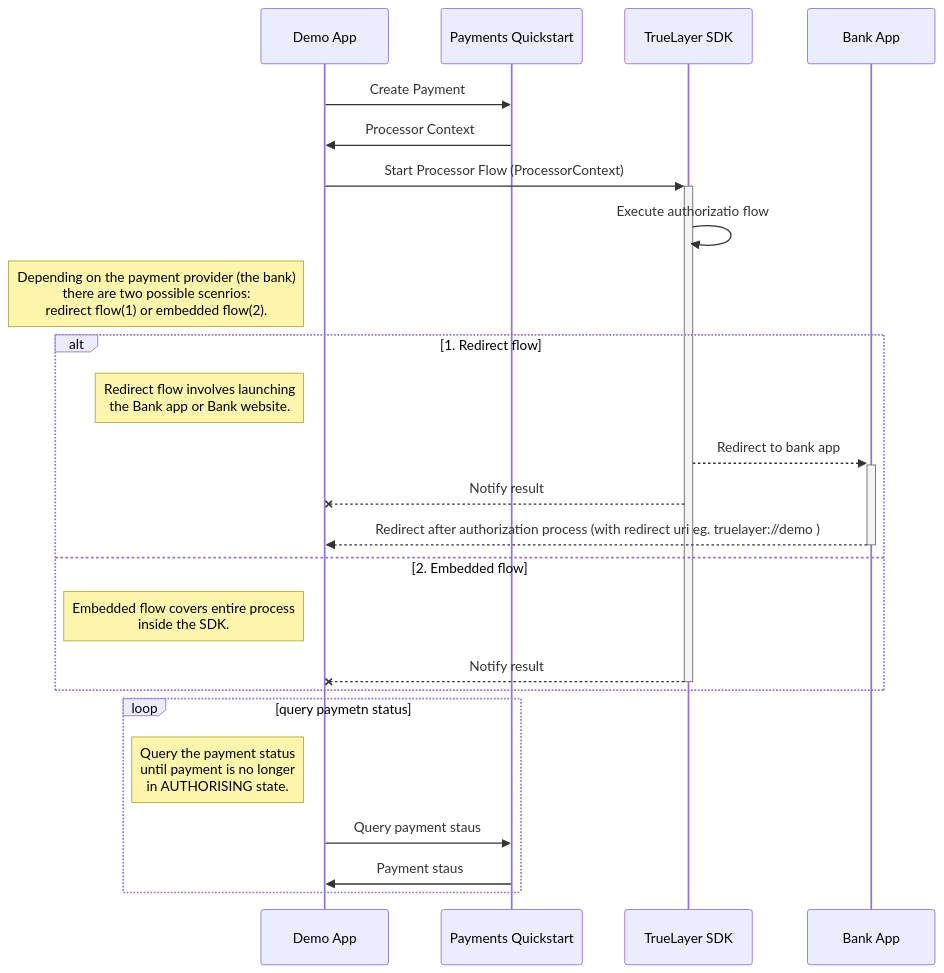
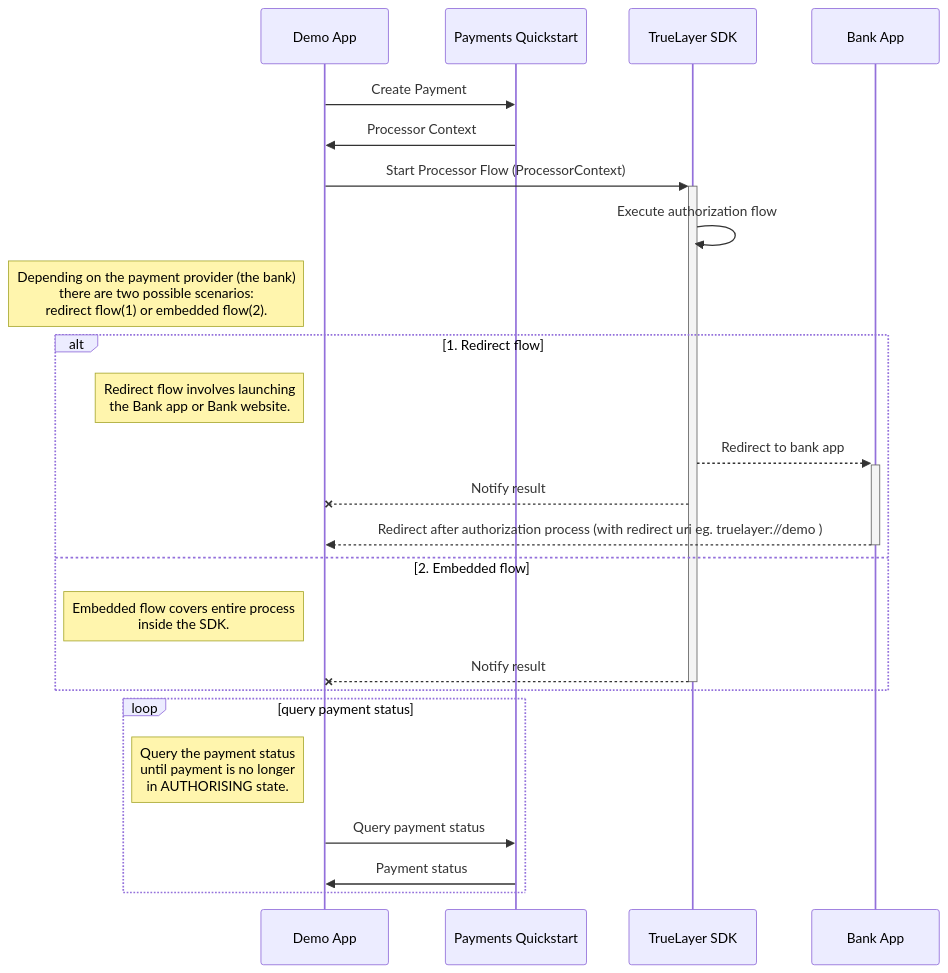
One commit to TrueLayer/truelayer-android-sdk-demo changed the diagram in README.md. Above: the diagram before and after it, drawn with Mermaid. The commit also changed 3 other files, not shown here.

````diff
--- a/README.md
+++ b/README.md
@@ -32,30 +32,30 @@
 ```mermaid
 sequenceDiagram
 	participant app as Demo App
 	participant backend as Payments Quickstart
 	participant SDK as TrueLayer SDK
 	participant Bank as Bank App
 
 	app ->> backend: Create Payment
 	backend ->> app: Processor Context
 	app ->>+ SDK: Start Processor Flow (ProcessorContext)
-	SDK ->> SDK: Execute authorizatio flow
+	SDK ->> SDK: Execute authorization flow
 
-	note left of app: Depending on the payment provider (the bank) <br/>there are two possible scenrios:<br/>redirect flow(1) or embedded flow(2).
+	note left of app: Depending on the payment provider (the bank) <br/>there are two possible scenarios:<br/>redirect flow(1) or embedded flow(2).
 
 	alt 1. Redirect flow
 	note left of app: Redirect flow involves launching<br/> the Bank app or Bank website.
 	SDK -->>+ Bank: Redirect to bank app
 	SDK --x app: Notify result
 	Bank -->>- app: Redirect after authorization process (with redirect uri eg. truelayer://demo )
 	else 2. Embedded flow
 		note left of app: Embedded flow covers entire process<br/> inside the SDK.
 	SDK --x- app: Notify result
 	end
 
-	loop query paymetn status
+	loop query payment status
 	note left of app: Query the payment status<br/>until payment is no longer<br/>in AUTHORISING state.
-	app ->> backend: Query payment staus
-	backend ->> app: Payment staus
+	app ->> backend: Query payment status
+	backend ->> app: Payment status
 	end
 ```
````
